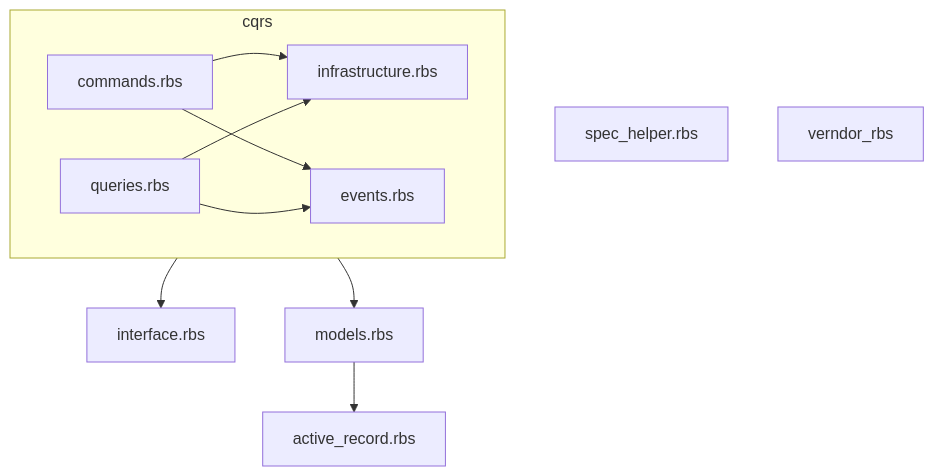
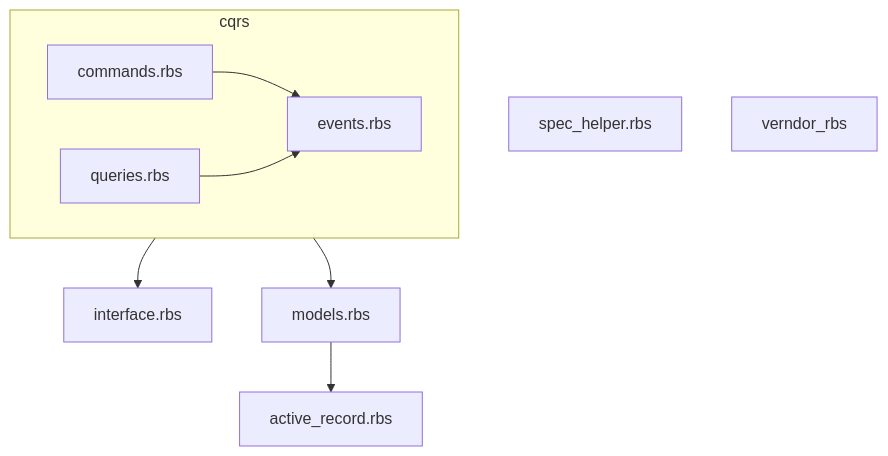
The diagram in sig/README.md (suzuki-mar/cqrs-poker), drawn with Mermaid before and after one commit. The commit also changed 15 other files, not shown here.

````diff
--- a/sig/README.md
+++ b/sig/README.md
@@ -123,36 +123,31 @@
 ```mermaid
 graph TD
 
+  %% 依存関係を逆転させるものだけを定義
   interface_rbs[interface.rbs]
   active_record_rbs[active_record.rbs]
   models_rbs[models.rbs]  
 
   subgraph cqrs
     commands[commands.rbs]
-    events[events.rbs]
-    %% 依存関係を逆転させるものだけを定義
-    infrastructure[infrastructure.rbs]
+    events[events.rbs]    
     queries[queries.rbs]
   end
 
   %% テスト時だけ必要になるもの
   spec_helper.rbs[spec_helper.rbs]   
   
   %% Gemで型定義されていないものだけ入っている
   venrod_rbs[verndor_rbs] 
   
   cqrs --> interface_rbs
 
   %% active_recordはmodelsへ
   models_rbs --> active_record_rbs 
 
-  cqrs --> models_rbs  
-
-  %% infrastructureはEventBusやStoreなど
-  commands --> infrastructure
-  queries --> infrastructure
+  cqrs --> models_rbs    
 
   commands --> events
   queries --> events
   
 ```
````
